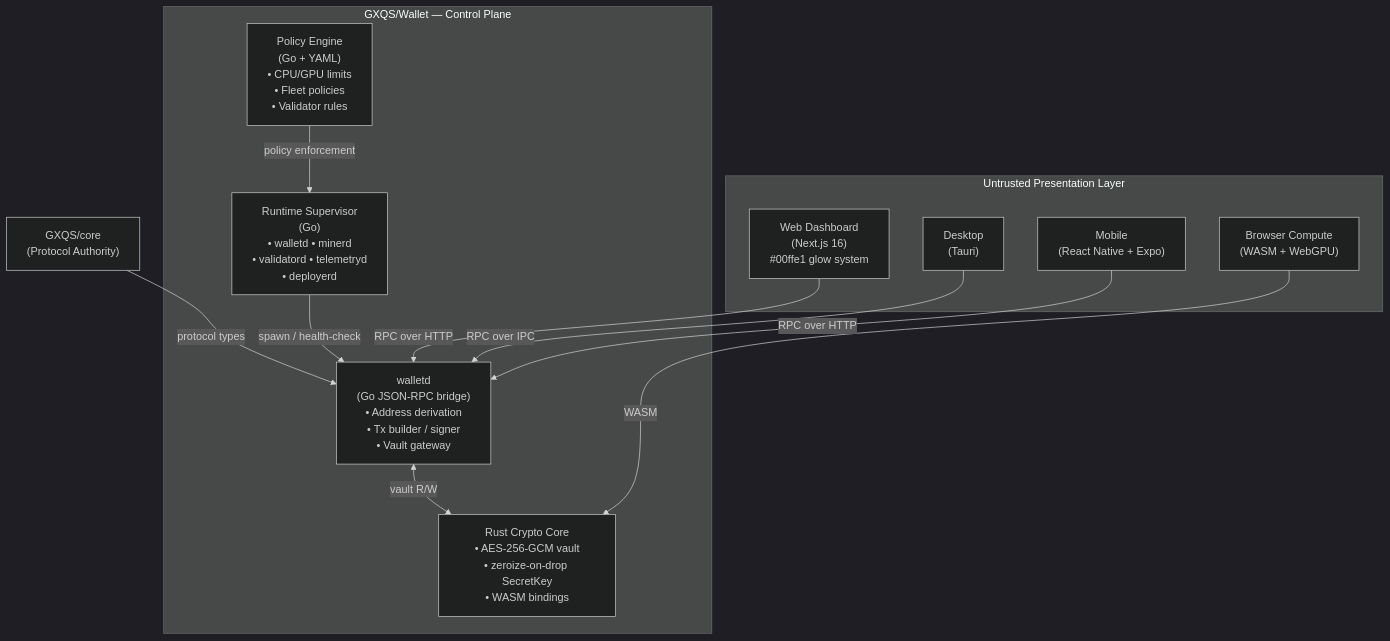
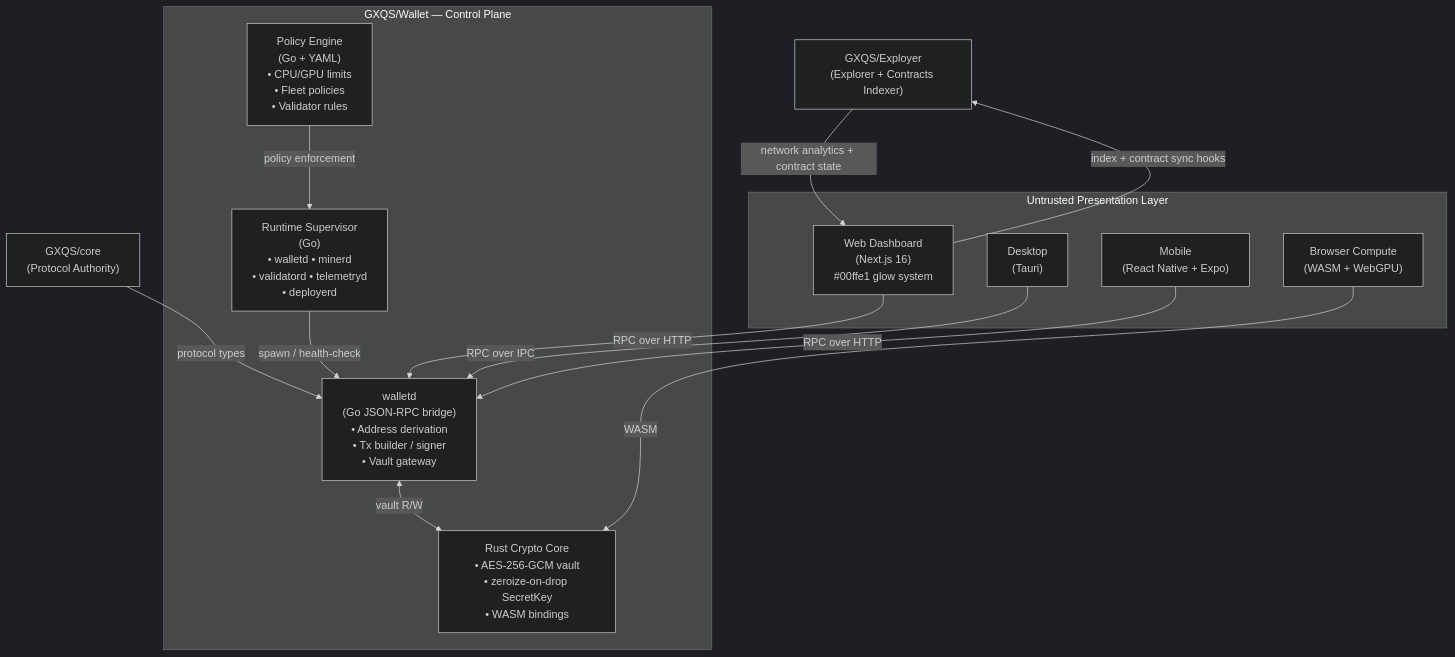
The diagram in README.md (GXQS/Wallet), drawn with Mermaid (dark theme) before and after one commit. The commit also changed other lines of this file and 13 other files, not shown here.

````diff
--- a/README.md
+++ b/README.md
@@ -20,27 +21,30 @@
 ```mermaid
 graph TD
     CORE["GXQS/core\n(Protocol Authority)"]
+    EXP["GXQS/Exployer\n(Explorer + Contracts Indexer)"]
 
     subgraph Wallet["GXQS/Wallet — Control Plane"]
         WD["walletd\n(Go JSON-RPC bridge)\n• Address derivation\n• Tx builder / signer\n• Vault gateway"]
         VAULT["Rust Crypto Core\n• AES-256-GCM vault\n• zeroize-on-drop SecretKey\n• WASM bindings"]
         SUP["Runtime Supervisor\n(Go)\n• walletd  • minerd\n• validatord  • telemetryd\n• deployerd"]
         PE["Policy Engine\n(Go + YAML)\n• CPU/GPU limits\n• Fleet policies\n• Validator rules"]
     end
 
     subgraph Frontends["Untrusted Presentation Layer"]
         WEB["Web Dashboard\n(Next.js 16)\n#00ffe1 glow system"]
         DESK["Desktop\n(Tauri)"]
         MOB["Mobile\n(React Native + Expo)"]
         BROWSER["Browser Compute\n(WASM + WebGPU)"]
     end
 
     CORE -->|protocol types| WD
     WD <-->|vault R/W| VAULT
     SUP -->|spawn / health-check| WD
     PE -->|policy enforcement| SUP
     WEB -->|RPC over HTTP| WD
+    WEB -->|index + contract sync hooks| EXP
+    EXP -->|network analytics + contract state| WEB
     DESK -->|RPC over IPC| WD
     MOB -->|RPC over HTTP| WD
     BROWSER -->|WASM| VAULT
 ```
````
